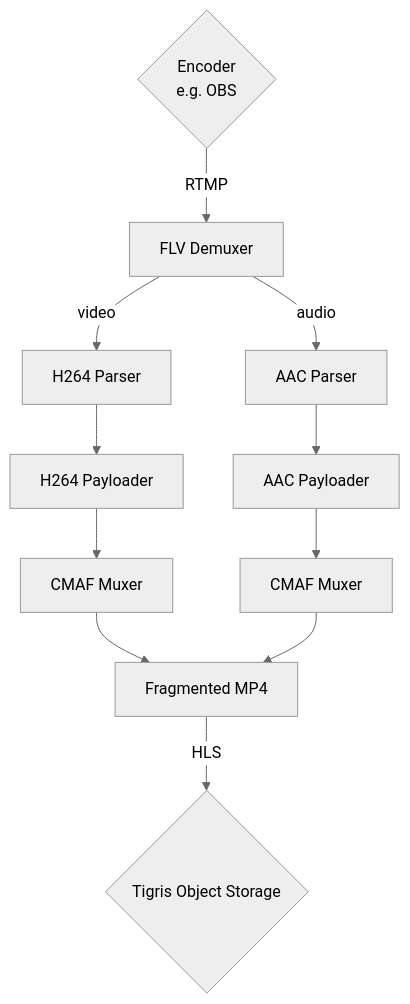
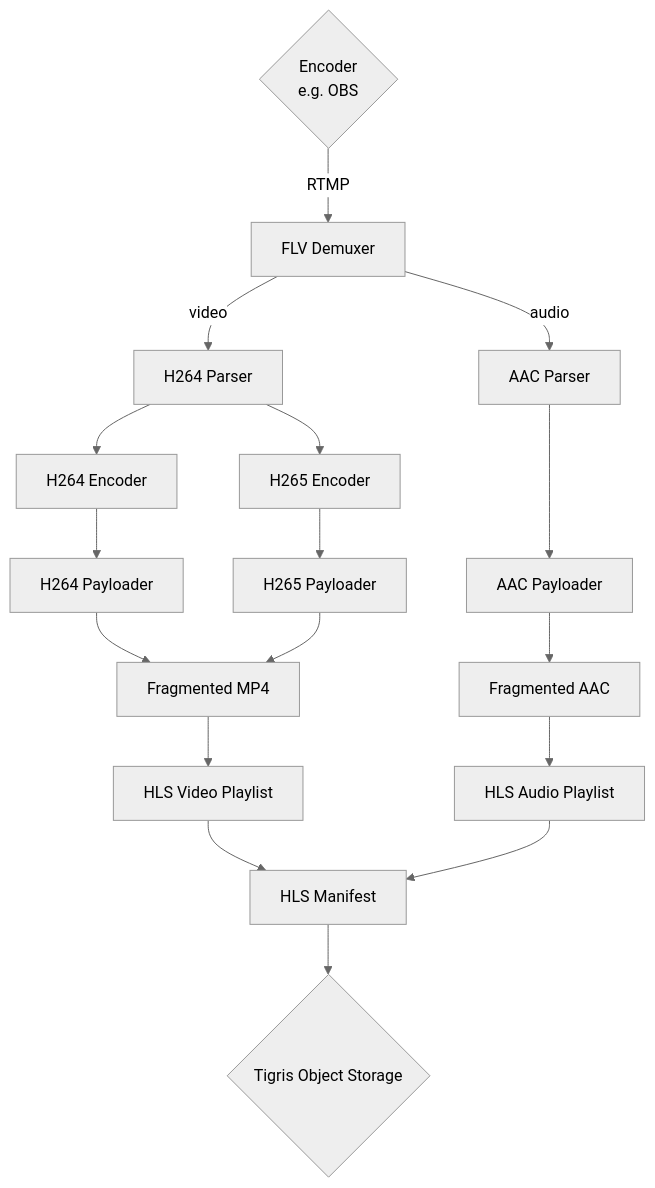
One commit to algora-io/tv changed the second of 2 diagrams in README.md. Above: the diagram before and after it, drawn with Mermaid (neutral theme).

Commit message:
update pipeline diagram to showcase separate av

````diff
--- a/README.md
+++ b/README.md
@@ -158,13 +158,19 @@
 ```mermaid
 graph
     Encoder{Encoder<br>e.g. OBS} -->|RTMP| Source[FLV Demuxer]
     Source -->|video| H264Parser[H264 Parser]
     Source -->|audio| AACParser[AAC Parser]
-    H264Parser --> H264Payloader[H264 Payloader]
-    AACParser --> AACPayloader[AAC Payloader]
-    H264Payloader --> CMAFMuxerVideo[CMAF Muxer]
-    AACPayloader --> CMAFMuxerAudio[CMAF Muxer]
-    CMAFMuxerVideo --> fMP4
-    CMAFMuxerAudio --> fMP4
-    fMP4[Fragmented MP4] -->|HLS| Tigris{Tigris Object Storage}
+    H264Parser --> H264Encoder[H264 Encoder]
+    H264Parser --> H265Encoder[H265 Encoder]
+    H264Encoder --> H264Payloader[H264 Payloader]
+    H265Encoder --> H265Payloader[H265 Payloader]
+    AACParser ---> AACPayloader[AAC Payloader]
+    H264Payloader --> fMP4
+    H265Payloader --> fMP4
+    AACPayloader --> fAAC[Fragmented AAC]
+    fAAC --> AudioPlaylist[HLS Audio Playlist]
+    fMP4[Fragmented MP4] --> VideoPlaylist[HLS Video Playlist]
+    VideoPlaylist --> HLS
+    AudioPlaylist --> HLS
+    HLS[HLS Manifest] -->Tigris{Tigris Object Storage}
 ```
````
